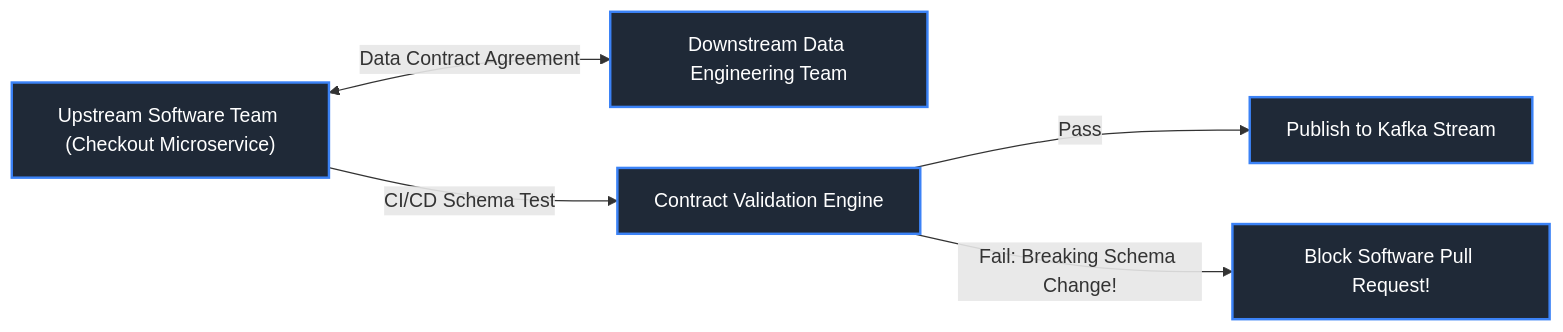
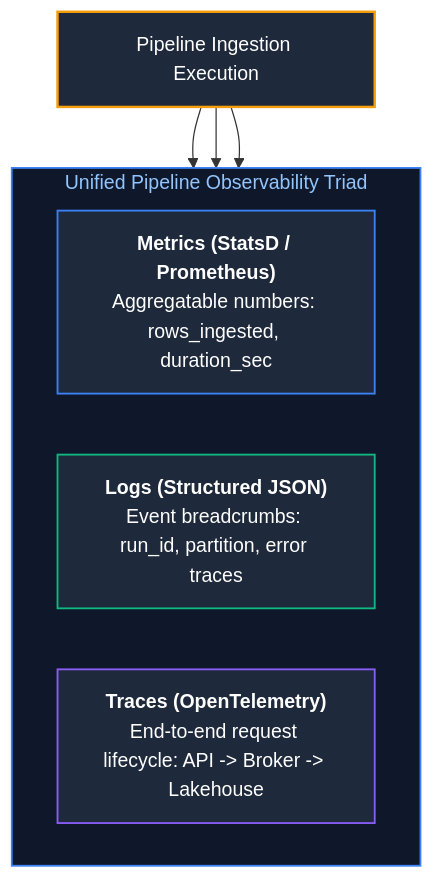
One commit to joydeep-biswas/Interview-Preparation changed diagram 15 of 24 in Data Engineering/10_data_pipeline_design_and_ingestion.md. Above: the diagram before and after it, drawn with Mermaid. The commit also changed other lines of this file and 143 other files, not shown here.

````diff
--- a/Data Engineering/10_data_pipeline_design_and_ingestion.md
+++ b/Data Engineering/10_data_pipeline_design_and_ingestion.md
@@ -504,13 +965,17 @@
 ```mermaid
-flowchart LR
-    Producer["Upstream Software Team (Checkout Microservice)"] <-->|Data Contract Agreement| Consumer["Downstream Data Engineering Team"]
-    Producer -->|CI/CD Schema Test| ContractEngine["Contract Validation Engine"]
-    ContractEngine -->|Pass| KafkaStream[Publish to Kafka Stream]
-    ContractEngine -->|Fail: Breaking Schema Change!| BlockPR["Block Software Pull Request!"]
+flowchart TD
+    subgraph ObservabilityTriad ["Unified Pipeline Observability Triad"]
+        direction LR
+        M["<b>Metrics (StatsD / Prometheus)</b><br/>Aggregatable numbers: rows_ingested, duration_sec"]
+        L["<b>Logs (Structured JSON)</b><br/>Event breadcrumbs: run_id, partition, error traces"]
+        T["<b>Traces (OpenTelemetry)</b><br/>End-to-end request lifecycle: API -> Broker -> Lakehouse"]
+    end
 
-    style Producer fill:#1f2937,stroke:#3b82f6,stroke-width:2px,color:#fff
-    style Consumer fill:#1f2937,stroke:#3b82f6,stroke-width:2px,color:#fff
-    style ContractEngine fill:#1f2937,stroke:#3b82f6,stroke-width:2px,color:#fff
-    style KafkaStream fill:#1f2937,stroke:#3b82f6,stroke-width:2px,color:#fff
-    style BlockPR fill:#1f2937,stroke:#3b82f6,stroke-width:2px,color:#fff
+    Run["Pipeline Ingestion Execution"] --> M & L & T
+
+    style ObservabilityTriad fill:#0f172a,stroke:#3b82f6,stroke-width:1.5px,color:#93c5fd
+    style Run fill:#1e293b,stroke:#f59e0b,stroke-width:2px,color:#fff
+    style M fill:#1e293b,stroke:#3b82f6,stroke-width:1.5px,color:#fff
+    style L fill:#1e293b,stroke:#10b981,stroke-width:1.5px,color:#fff
+    style T fill:#1e293b,stroke:#8b5cf6,stroke-width:1.5px,color:#fff
 ```
````
